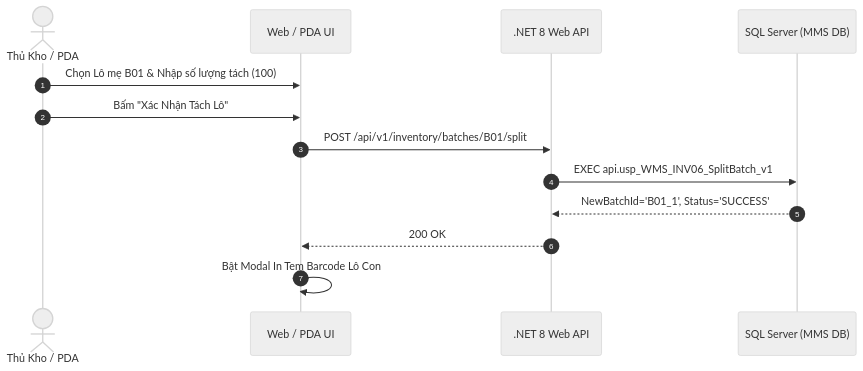
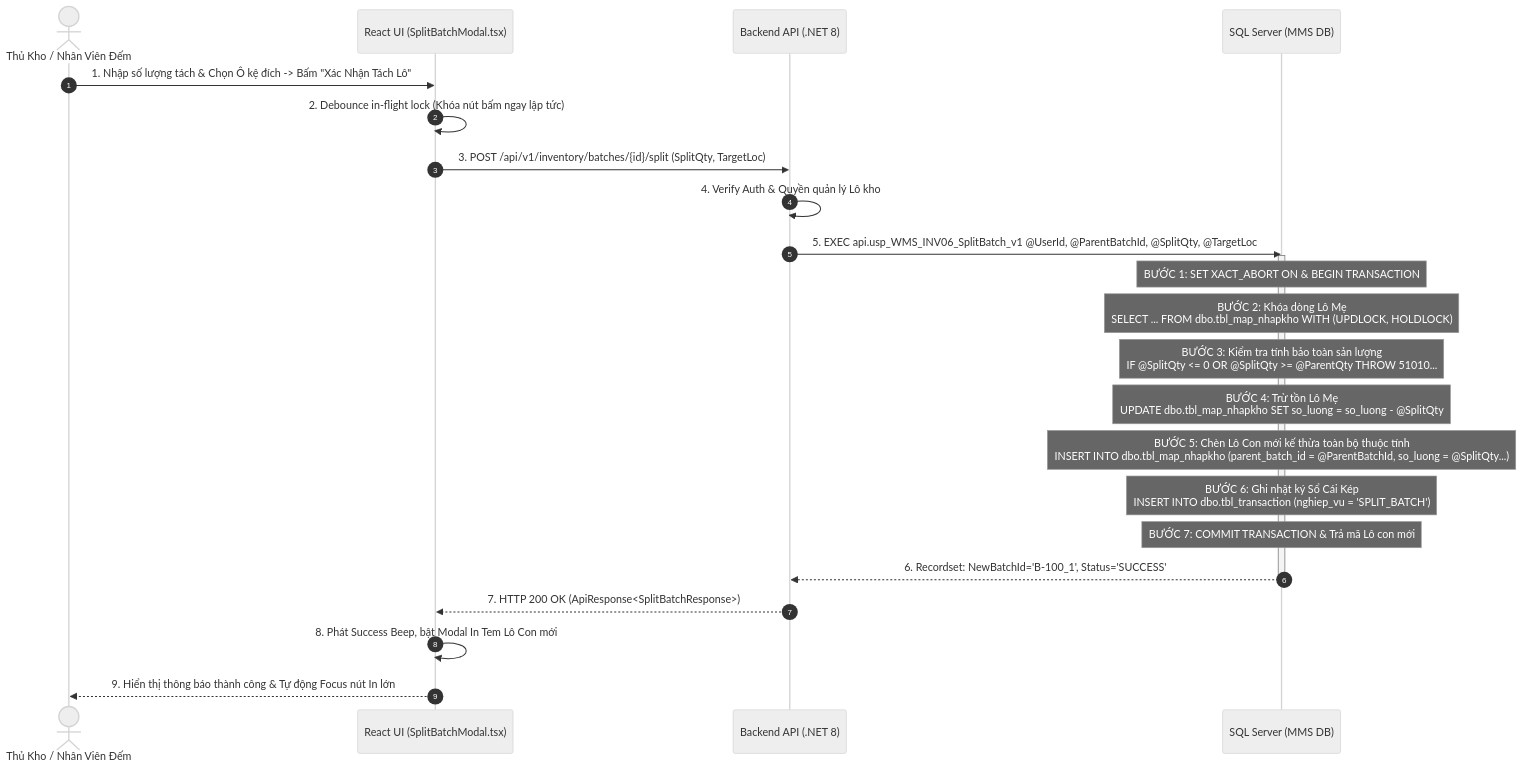
Before and after one commit to Sohoa-KNSG/mms: the third of 4 diagrams in docs/03-use-cases/UC-18_INV-06.md, drawn with Mermaid (neutral theme). The commit also changed other lines of this file and 18 other files, not shown here.

Commit message:
docs: add internal Stored Procedure execution order and transaction logic steps to Sequence Diagrams across all use cases

````diff
--- a/docs/03-use-cases/UC-18_INV-06.md
+++ b/docs/03-use-cases/UC-18_INV-06.md
@@ -133,16 +133,30 @@
 ```mermaid
 sequenceDiagram
     autonumber
-    actor Staff as Thủ Kho / PDA
-    participant UI as Web / PDA UI
-    participant API as .NET 8 Web API
+    actor User as Thủ Kho / Nhân Viên Đếm
+    participant UI as React UI (SplitBatchModal.tsx)
+    participant API as Backend API (.NET 8)
     participant DB as SQL Server (MMS DB)
 
-    Staff->>UI: Chọn Lô mẹ B01 & Nhập số lượng tách (100)
-    Staff->>UI: Bấm "Xác Nhận Tách Lô"
-    UI->>API: POST /api/v1/inventory/batches/B01/split
-    API->>DB: EXEC api.usp_WMS_INV06_SplitBatch_v1
-    DB-->>API: NewBatchId='B01_1', Status='SUCCESS'
-    API-->>UI: 200 OK
-    UI->>UI: Bật Modal In Tem Barcode Lô Con
+    User->>UI: 1. Nhập số lượng tách & Chọn Ô kệ đích -> Bấm "Xác Nhận Tách Lô"
+    UI->>UI: 2. Debounce in-flight lock (Khóa nút bấm ngay lập tức)
+    UI->>API: 3. POST /api/v1/inventory/batches/{id}/split (SplitQty, TargetLoc)
+    
+    API->>API: 4. Verify Auth & Quyền quản lý Lô kho
+    API->>DB: 5. EXEC api.usp_WMS_INV06_SplitBatch_v1 @UserId, @ParentBatchId, @SplitQty, @TargetLoc
+    
+    activate DB
+    Note over DB: BƯỚC 1: SET XACT_ABORT ON & BEGIN TRANSACTION
+    Note over DB: BƯỚC 2: Khóa dòng Lô Mẹ<br/>SELECT ... FROM dbo.tbl_map_nhapkho WITH (UPDLOCK, HOLDLOCK)
+    Note over DB: BƯỚC 3: Kiểm tra tính bảo toàn sản lượng<br/>IF @SplitQty <= 0 OR @SplitQty >= @ParentQty THROW 51010...
+    Note over DB: BƯỚC 4: Trừ tồn Lô Mẹ<br/>UPDATE dbo.tbl_map_nhapkho SET so_luong = so_luong - @SplitQty
+    Note over DB: BƯỚC 5: Chèn Lô Con mới kế thừa toàn bộ thuộc tính<br/>INSERT INTO dbo.tbl_map_nhapkho (parent_batch_id = @ParentBatchId, so_luong = @SplitQty...)
+    Note over DB: BƯỚC 6: Ghi nhật ký Sổ Cái Kép<br/>INSERT INTO dbo.tbl_transaction (nghiep_vu = 'SPLIT_BATCH')
+    Note over DB: BƯỚC 7: COMMIT TRANSACTION & Trả mã Lô con mới
+    DB-->>API: 6. Recordset: NewBatchId='B-100_1', Status='SUCCESS'
+    deactivate DB
+
+    API-->>UI: 7. HTTP 200 OK (ApiResponse<SplitBatchResponse>)
+    UI->>UI: 8. Phát Success Beep, bật Modal In Tem Lô Con mới
+    UI-->>User: 9. Hiển thị thông báo thành công & Tự động Focus nút In lớn
 ```
````
